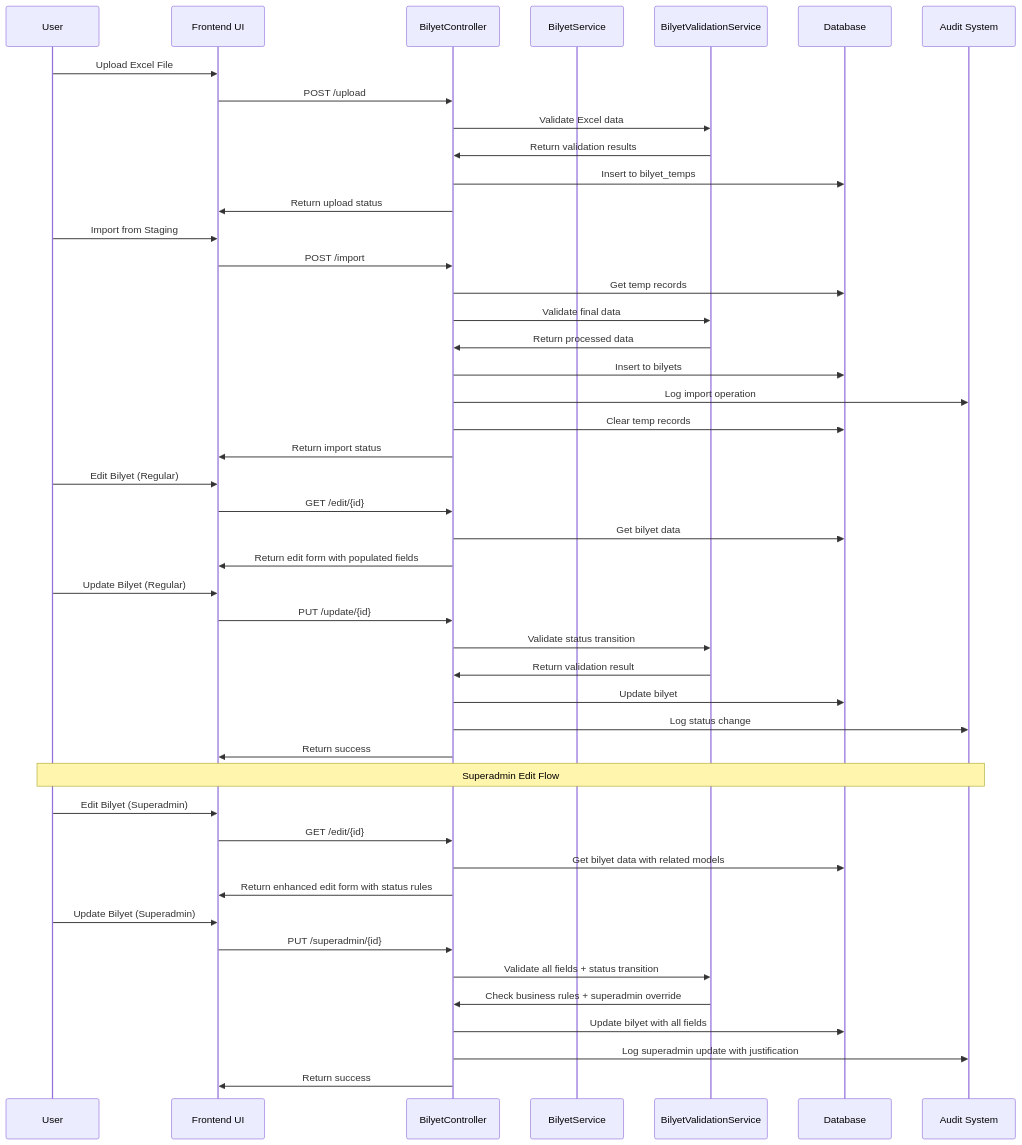
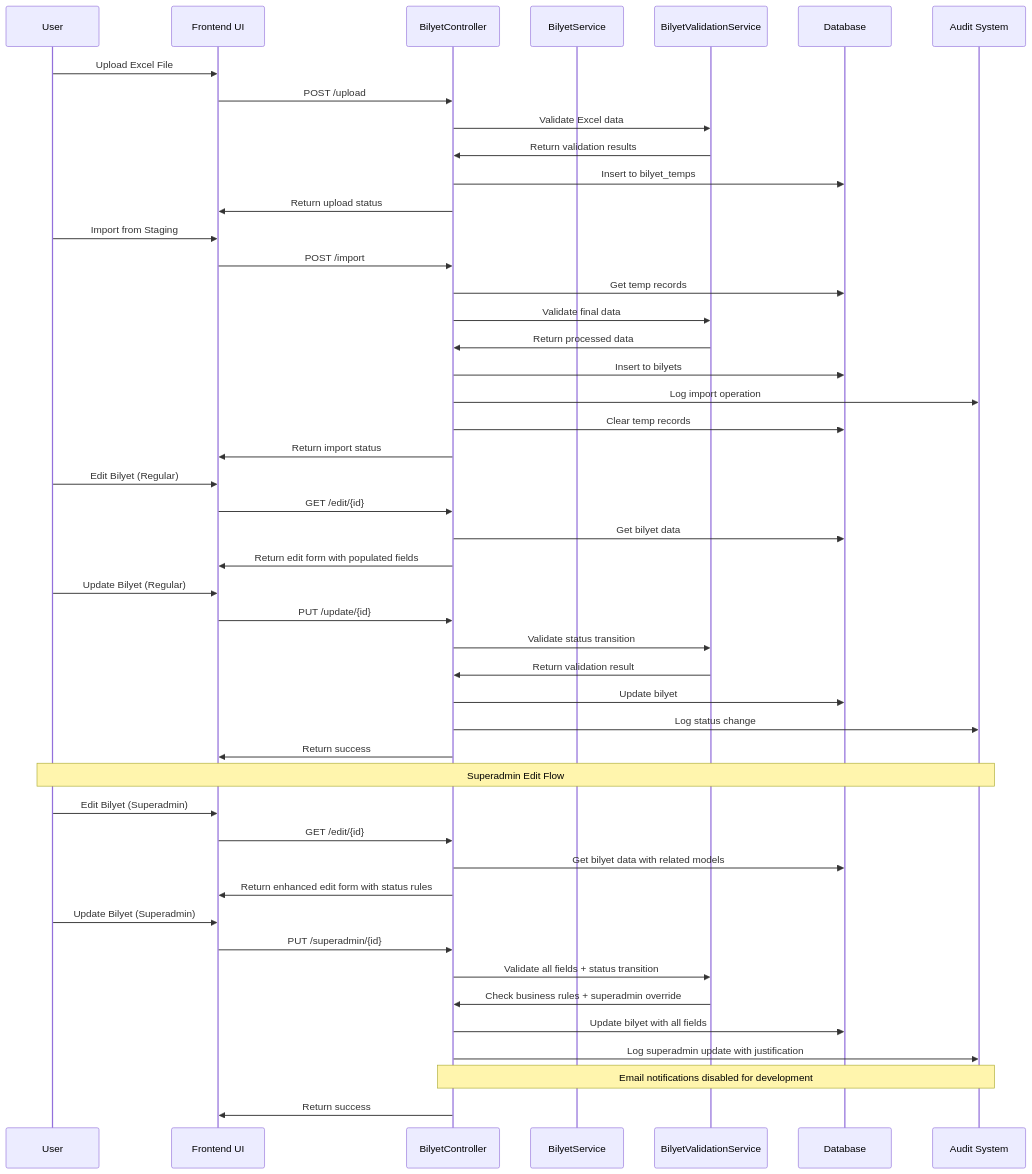
The second of 4 diagrams in docs/architecture.md (rachmanj/payreq-x-v3), drawn with Mermaid before and after one commit. The commit also changed 5 other files, not shown here.

First line of the commit message:
Disable Email Notification System for Development to Resolve TransportException Errors

````diff
--- a/docs/architecture.md
+++ b/docs/architecture.md
@@ -185,54 +185,55 @@
 ```mermaid
 sequenceDiagram
     participant User
     participant UI as Frontend UI
     participant Controller as BilyetController
     participant Service as BilyetService
     participant Validation as BilyetValidationService
     participant DB as Database
     participant Audit as Audit System
 
     User->>UI: Upload Excel File
     UI->>Controller: POST /upload
     Controller->>Validation: Validate Excel data
     Validation->>Controller: Return validation results
     Controller->>DB: Insert to bilyet_temps
     Controller->>UI: Return upload status
 
     User->>UI: Import from Staging
     UI->>Controller: POST /import
     Controller->>DB: Get temp records
     Controller->>Validation: Validate final data
     Validation->>Controller: Return processed data
     Controller->>DB: Insert to bilyets
     Controller->>Audit: Log import operation
     Controller->>DB: Clear temp records
     Controller->>UI: Return import status
 
     User->>UI: Edit Bilyet (Regular)
     UI->>Controller: GET /edit/{id}
     Controller->>DB: Get bilyet data
     Controller->>UI: Return edit form with populated fields
 
     User->>UI: Update Bilyet (Regular)
     UI->>Controller: PUT /update/{id}
     Controller->>Validation: Validate status transition
     Validation->>Controller: Return validation result
     Controller->>DB: Update bilyet
     Controller->>Audit: Log status change
     Controller->>UI: Return success
 
     Note over User,Audit: Superadmin Edit Flow
     User->>UI: Edit Bilyet (Superadmin)
     UI->>Controller: GET /edit/{id}
     Controller->>DB: Get bilyet data with related models
     Controller->>UI: Return enhanced edit form with status rules
 
     User->>UI: Update Bilyet (Superadmin)
     UI->>Controller: PUT /superadmin/{id}
     Controller->>Validation: Validate all fields + status transition
     Validation->>Controller: Check business rules + superadmin override
     Controller->>DB: Update bilyet with all fields
     Controller->>Audit: Log superadmin update with justification
+    Note over Controller,Audit: Email notifications disabled for development
     Controller->>UI: Return success
 ```
````
